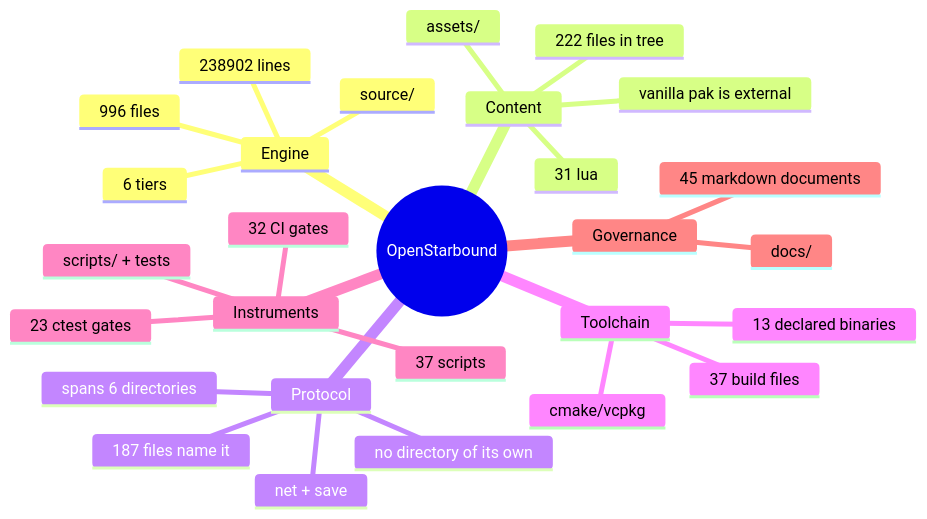
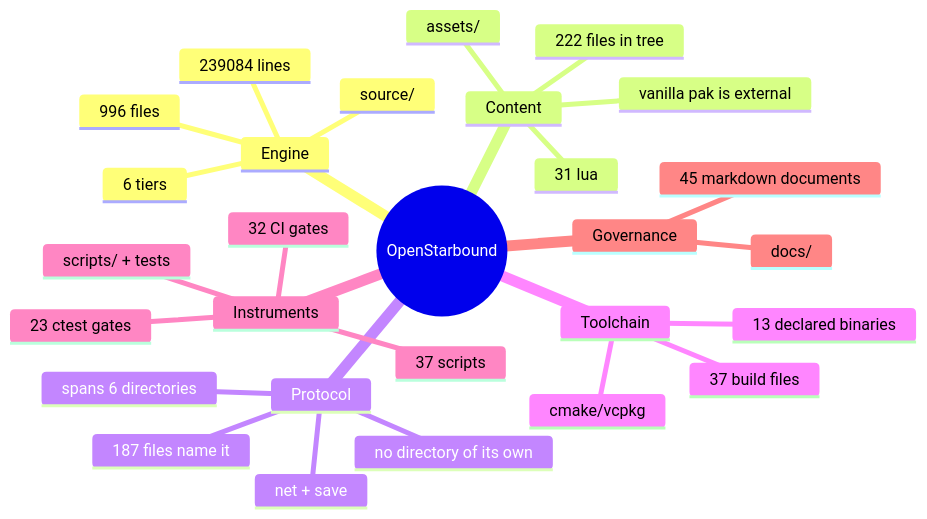
Before and after one commit to apnex/OpenStarbound: the second of 11 diagrams in docs/architecture/system-boundaries.md, drawn with Mermaid. The commit also changed other lines of this file and 4 other files, not shown here.

````diff
--- a/docs/architecture/system-boundaries.md
+++ b/docs/architecture/system-boundaries.md
@@ -166,31 +166,31 @@
 ```mermaid
 mindmap
   root((OpenStarbound))
     Engine
       source/
       996 files
-      238902 lines
+      239084 lines
       6 tiers
     Content
       assets/
       222 files in tree
       31 lua
       vanilla pak is external
     Protocol
       net + save
       187 files name it
       spans 6 directories
       no directory of its own
     Toolchain
       cmake/vcpkg
       37 build files
       13 declared binaries
     Instruments
       scripts/ + tests
       37 scripts
       23 ctest gates
       32 CI gates
     Governance
       docs/
       45 markdown documents
 ```
````
